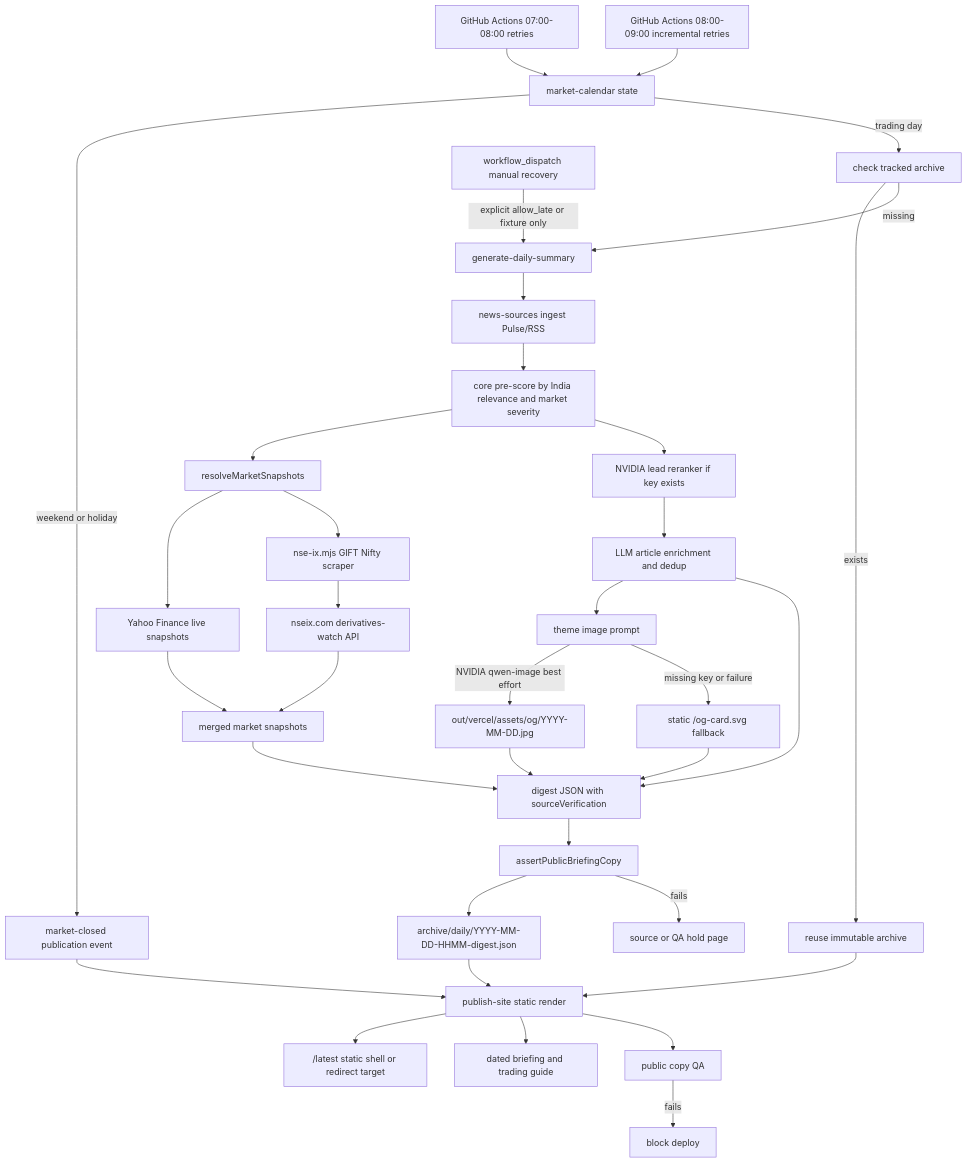
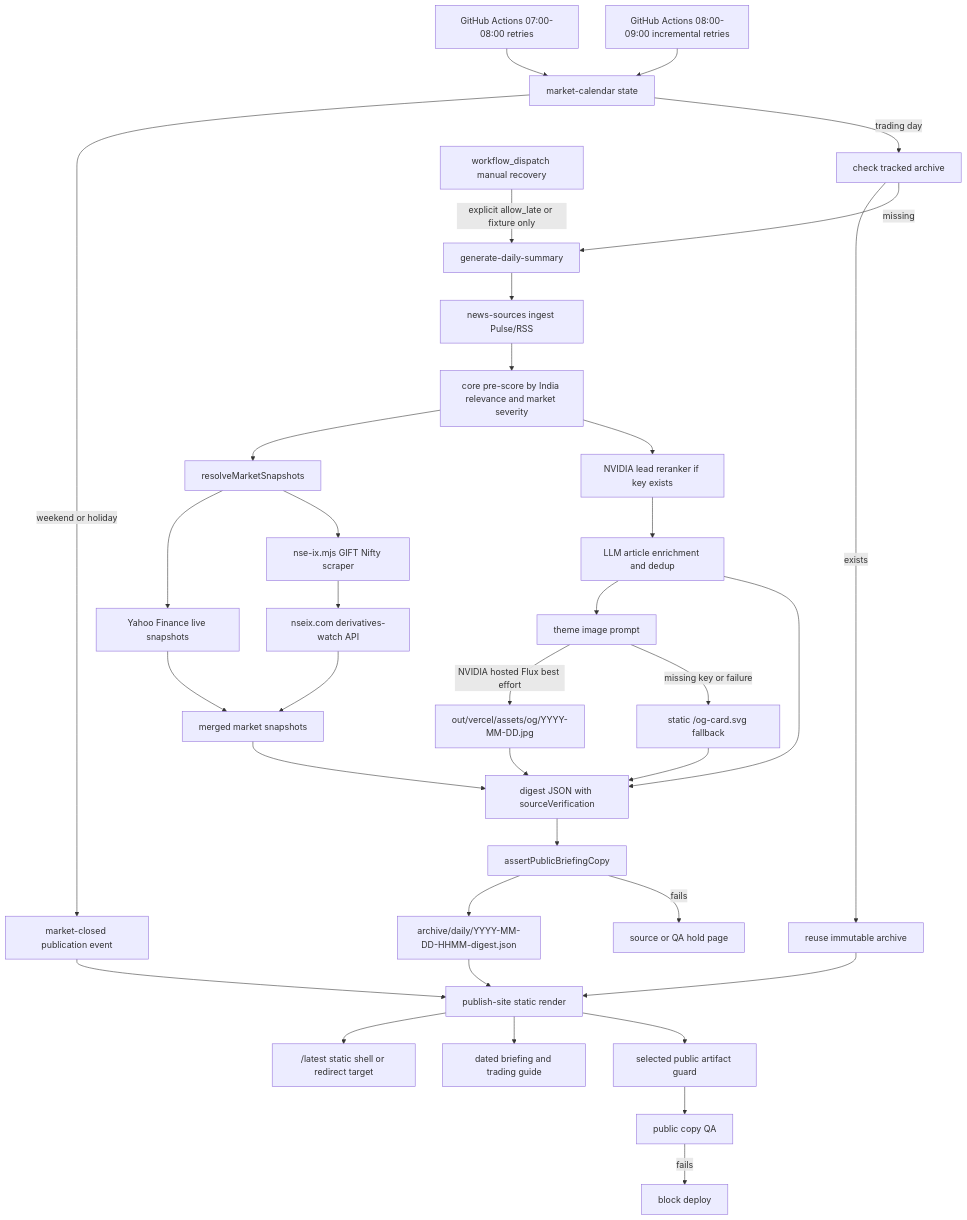
Before and after one commit to Abheydeep/marketNews: the diagram in context/architecture-diagrams/02-morning-briefing-pipeline.mmd, drawn with Mermaid. The commit also changed 62 other files, not shown here.

```diff
--- a/context/architecture-diagrams/02-morning-briefing-pipeline.mmd
+++ b/context/architecture-diagrams/02-morning-briefing-pipeline.mmd
@@ -1,37 +1,38 @@
 flowchart TD
   Cron["GitHub Actions 07:00-08:00 retries"] --> Calendar["market-calendar state"]
   Incremental["GitHub Actions 08:00-09:00 incremental retries"] --> Calendar
   Calendar -->|weekend or holiday| Closed["market-closed publication event"]
   Calendar -->|trading day| Existing["check tracked archive"]
   Existing -->|exists| Reuse["reuse immutable archive"]
   Existing -->|missing| Generate["generate-daily-summary"]
 
   Generate --> Sources["news-sources ingest Pulse/RSS"]
   Sources --> Score["core pre-score by India relevance and market severity"]
   Score --> MarketData["resolveMarketSnapshots"]
   MarketData --> Yahoo["Yahoo Finance live snapshots"]
   MarketData --> NseIx["nse-ix.mjs GIFT Nifty scraper"]
   NseIx --> NseIxApi["nseix.com derivatives-watch API"]
   Yahoo --> MergedSnaps["merged market snapshots"]
   NseIxApi --> MergedSnaps
   MergedSnaps --> Digest
   Score --> Rerank["NVIDIA lead reranker if key exists"]
   Rerank --> Enrich["LLM article enrichment and dedup"]
   Enrich --> ImagePrompt["theme image prompt"]
-  ImagePrompt -->|NVIDIA qwen-image best effort| OgAsset["out/vercel/assets/og/YYYY-MM-DD.jpg"]
+  ImagePrompt -->|NVIDIA hosted Flux best effort| OgAsset["out/vercel/assets/og/YYYY-MM-DD.jpg"]
   ImagePrompt -->|missing key or failure| StaticCard["static /og-card.svg fallback"]
   Enrich --> Digest["digest JSON with sourceVerification"]
   OgAsset --> Digest
   StaticCard --> Digest
   Digest --> Guard["assertPublicBriefingCopy"]
   Guard --> Archive["archive/daily/YYYY-MM-DD-HHMM-digest.json"]
   Archive --> Publish["publish-site static render"]
   Closed --> Publish
   Reuse --> Publish
   Publish --> Latest["/latest static shell or redirect target"]
   Publish --> Public["dated briefing and trading guide"]
-  Publish --> QA["public copy QA"]
+  Publish --> ArtifactGuard["selected public artifact guard"]
+  ArtifactGuard --> QA["public copy QA"]
 
   Guard -->|fails| Hold["source or QA hold page"]
   QA -->|fails| Block["block deploy"]
   Manual["workflow_dispatch manual recovery"] -->|explicit allow_late or fixture only| Generate
```
